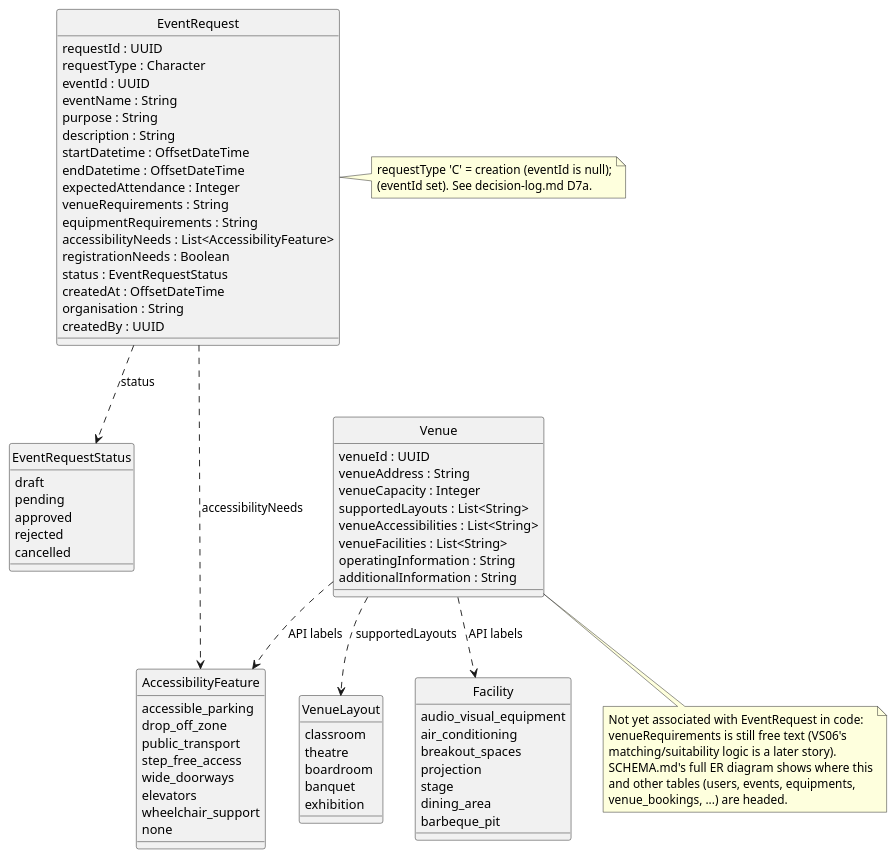
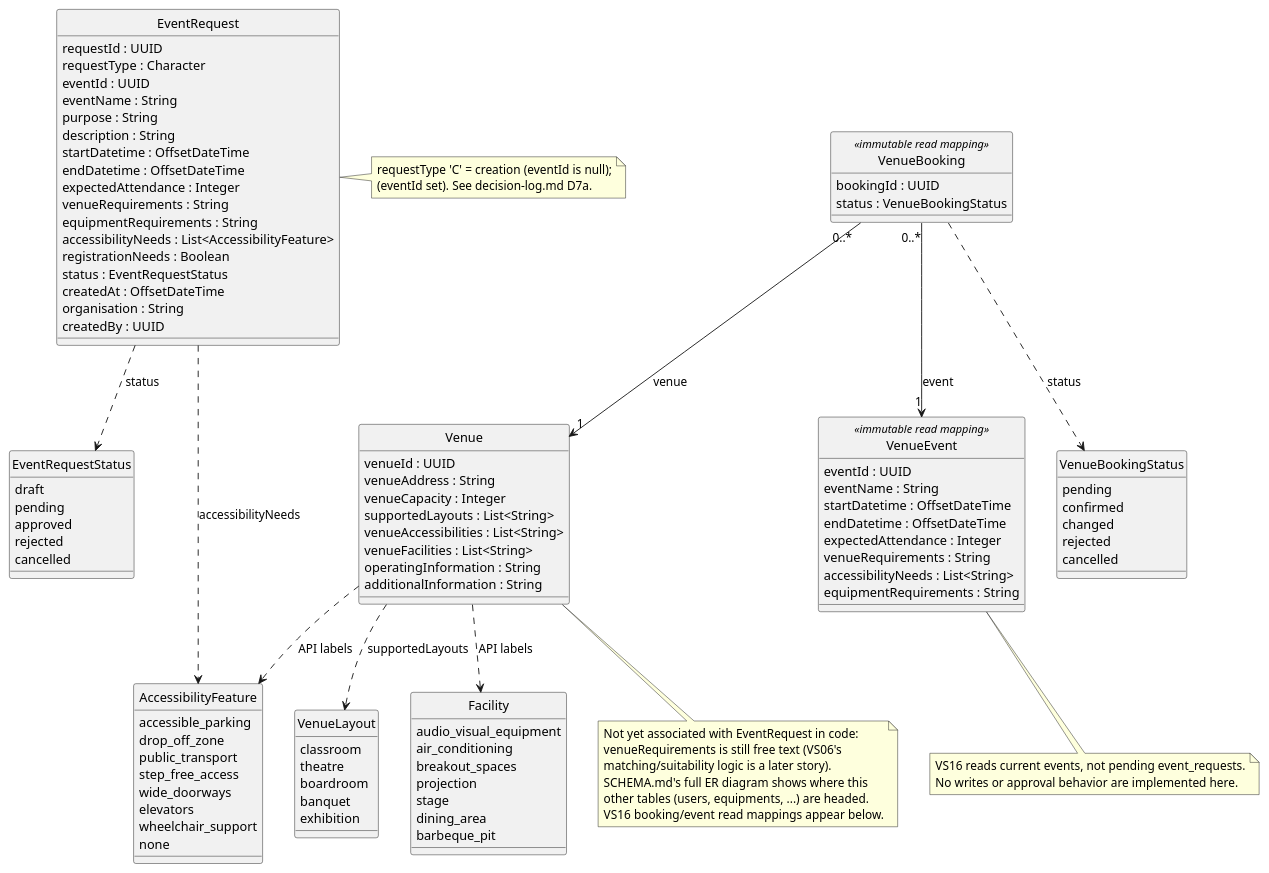
One commit to spikeypear-bot/cSphere changed the diagram in docs/class-diagram.puml. Above: the diagram before and after it, drawn with PlantUML. The commit also changed 21 other files, not shown here.

```diff
--- a/docs/class-diagram.puml
+++ b/docs/class-diagram.puml
@@ -1,117 +1,149 @@
 @startuml ConnectSphere-Code-Level-Class-Diagram
 ' C4 "Code" level view (IS212 Week 5): the Java classes actually implemented
 ' in backend/src/main/java/com/example/connect_sphere, not the full database
 ' schema — see SCHEMA.md for the complete ER diagram of every table,
-' including the ones with no Java entity yet (users, events, equipments,
-' venue_bookings, ...).
+' including the ones with no Java entity yet (users, equipments,
+' ...).
 '
 ' Kept as text (not an exported image) so it stays diffable and is meant to
 ' be updated in the same PR as the code whenever a class here changes shape,
 ' per this week's "keep diagrams as diffable text" guidance.
 '
 ' Deliberately flat, no inheritance: every EventRequest behaves the same
 ' regardless of requestType, and every Venue behaves the same regardless of
 ' its layouts — there is no subclass anywhere in this codebase that
 ' overrides a method for a different runtime type, so none is modelled here.
 ' The two request "kinds" (creation vs amendment) are one class with a
 ' discriminator field (requestType), not a subclass each, because they do
 ' not yet diverge in behaviour — only in which fields are required. If EO03
 ' (amendment) later gives them real behavioural differences, revisit this
 ' before reaching for inheritance (see decision-log.md).
 
 hide circle
 skinparam classAttributeIconSize 0
 
 enum EventRequestStatus {
   draft
   pending
   approved
   rejected
   cancelled
 }
 
 enum AccessibilityFeature {
   accessible_parking
   drop_off_zone
   public_transport
   step_free_access
   wide_doorways
   elevators
   wheelchair_support
   none
 }
 
 enum VenueLayout {
   classroom
   theatre
   boardroom
   banquet
   exhibition
 }
 
 enum Facility {
   audio_visual_equipment
   air_conditioning
   breakout_spaces
   projection
   stage
   dining_area
   barbeque_pit
 }
 
 class EventRequest {
   requestId : UUID
   requestType : Character
   eventId : UUID
   eventName : String
   purpose : String
   description : String
   startDatetime : OffsetDateTime
   endDatetime : OffsetDateTime
   expectedAttendance : Integer
   venueRequirements : String
   equipmentRequirements : String
   accessibilityNeeds : List<AccessibilityFeature>
   registrationNeeds : Boolean
   status : EventRequestStatus
   createdAt : OffsetDateTime
   organisation : String
   createdBy : UUID
 }
 
 class Venue {
   venueId : UUID
   venueAddress : String
   venueCapacity : Integer
   supportedLayouts : List<String>
   venueAccessibilities : List<String>
   venueFacilities : List<String>
   operatingInformation : String
   additionalInformation : String
 }
 
 ' Dependency arrows (not associations): these enums are attribute types,
 ' not related objects with their own multiplicity/cardinality.
 EventRequest ..> AccessibilityFeature : accessibilityNeeds
 EventRequest ..> EventRequestStatus : status
 Venue ..> VenueLayout : supportedLayouts
 Venue ..> AccessibilityFeature : API labels
 Venue ..> Facility : API labels
 EventRequest -[hidden]- Venue
 
 note right of EventRequest
   requestType 'C' = creation (eventId is null);
   'A' = amendment against an existing event
   (eventId set). See decision-log.md D7a.
 end note
 
 note bottom of Venue
   Not yet associated with EventRequest in code:
   venueRequirements is still free text (VS06's
   matching/suitability logic is a later story).
   SCHEMA.md's full ER diagram shows where this
-  and other tables (users, events, equipments,
-  venue_bookings, ...) are headed.
+  other tables (users, equipments, ...) are headed.
+  VS16 booking/event read mappings appear below.
+end note
+
+class VenueEvent <<immutable read mapping>> {
+  eventId : UUID
+  eventName : String
+  startDatetime : OffsetDateTime
+  endDatetime : OffsetDateTime
+  expectedAttendance : Integer
+  venueRequirements : String
+  accessibilityNeeds : List<String>
+  equipmentRequirements : String
+}
+
+class VenueBooking <<immutable read mapping>> {
+  bookingId : UUID
+  status : VenueBookingStatus
+}
+
+enum VenueBookingStatus {
+  pending
+  confirmed
+  changed
+  rejected
+  cancelled
+}
+
+VenueBooking "0..*" --> "1" Venue : venue
+VenueBooking "0..*" --> "1" VenueEvent : event
+VenueBooking ..> VenueBookingStatus : status
+note bottom of VenueEvent
+  VS16 reads current events, not pending event_requests.
+  No writes or approval behavior are implemented here.
 end note
 
 @enduml
```
